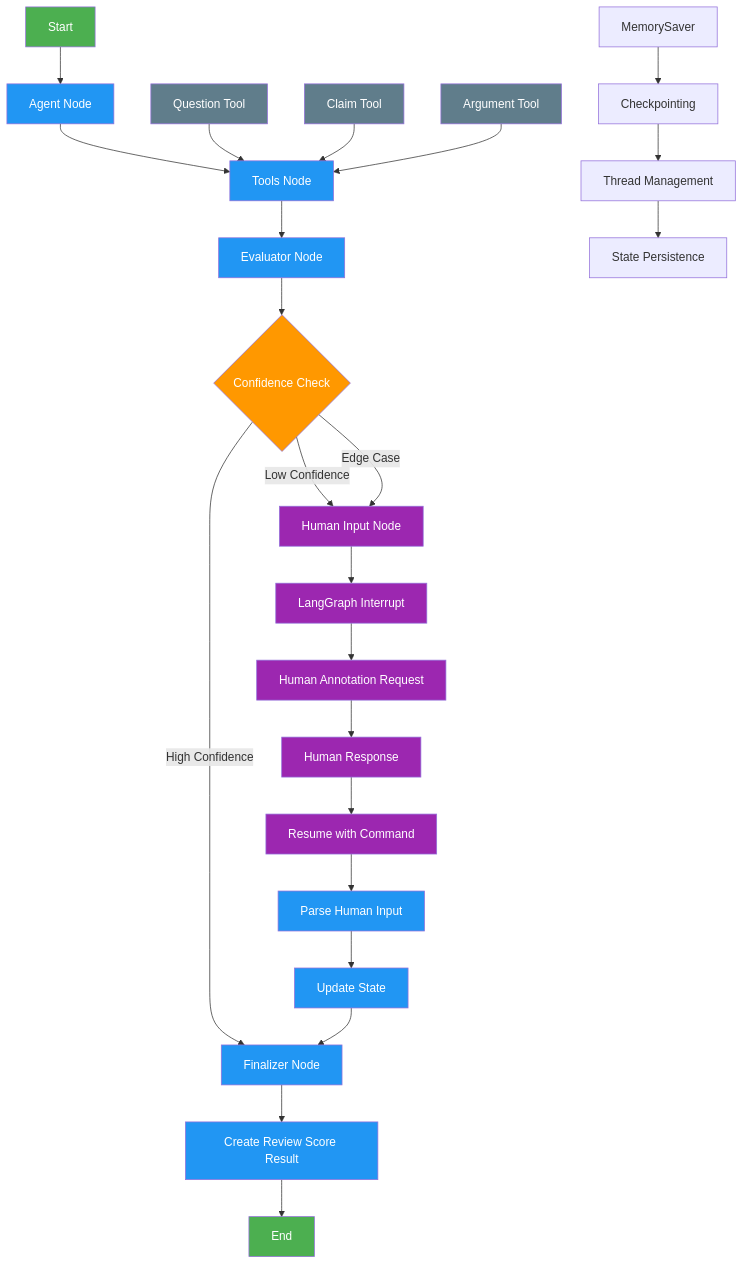
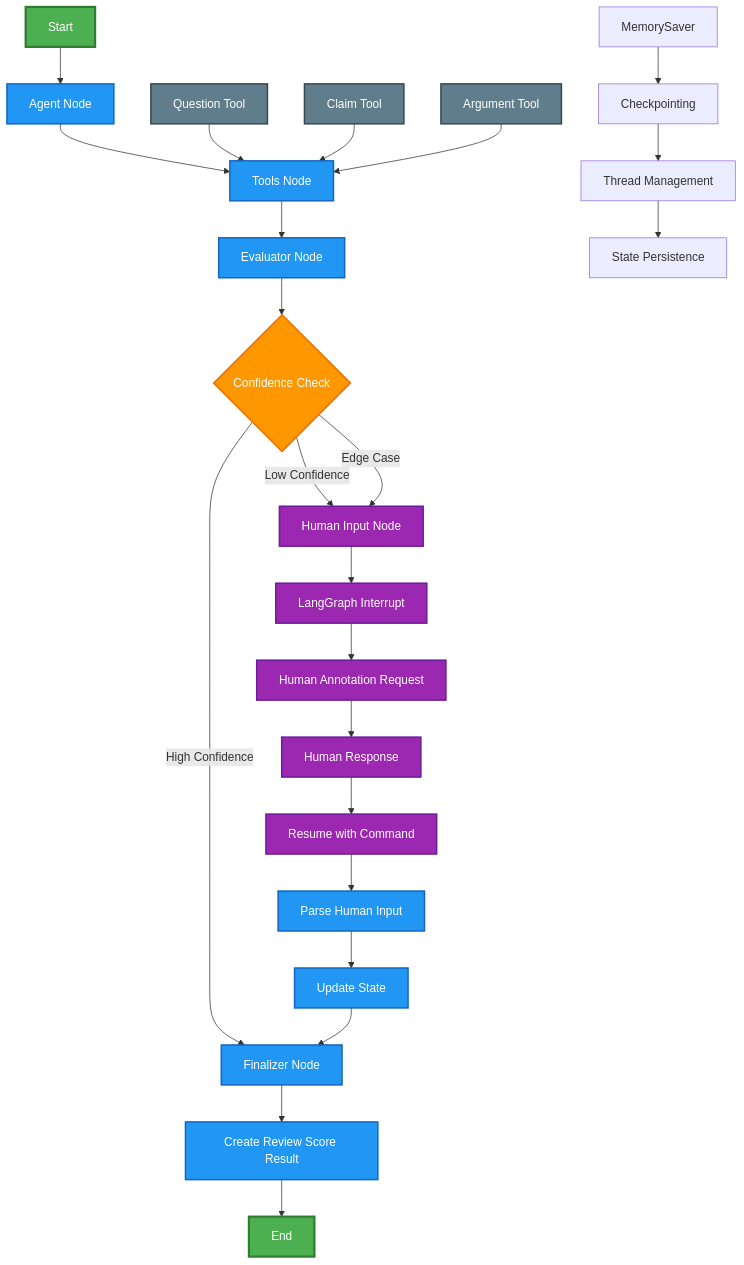
Before and after one commit to ashhadahsan/review-score: the second of 3 diagrams in README.md, drawn with Mermaid. The commit also changed other lines of this file and 4 other files, not shown here.

````diff
--- a/README.md
+++ b/README.md
@@ -106,49 +106,49 @@
 ```mermaid
 graph TD
     %% LangGraph Agent Workflow
     A[Start] --> B[Agent Node]
     B --> C[Tools Node]
     C --> D[Evaluator Node]
     D --> E{Confidence Check}
 
     %% Human-in-the-Loop Decision
     E -->|High Confidence| F[Finalizer Node]
     E -->|Low Confidence| G[Human Input Node]
     E -->|Edge Case| G
 
     %% Human Input Process
     G --> H[LangGraph Interrupt]
     H --> I[Human Annotation Request]
     I --> J[Human Response]
     J --> K[Resume with Command]
     K --> L[Parse Human Input]
     L --> M[Update State]
     M --> F
 
     %% Finalization
     F --> N[Create Review Score Result]
     N --> O[End]
 
     %% State Management
     P[MemorySaver] --> Q[Checkpointing]
     Q --> R[Thread Management]
     R --> S[State Persistence]
 
     %% Tool Integration
     T[Question Tool] --> C
     U[Claim Tool] --> C
     V[Argument Tool] --> C
 
     %% Styling
-    classDef startEnd fill:#4caf50,color:#fff
-    classDef process fill:#2196f3,color:#fff
-    classDef decision fill:#ff9800,color:#fff
-    classDef human fill:#9c27b0,color:#fff
-    classDef tool fill:#607d8b,color:#fff
+    classDef startEnd fill:#4caf50,stroke:#2e7d32,stroke-width:3px,color:#fff
+    classDef process fill:#2196f3,stroke:#1565c0,stroke-width:2px,color:#fff
+    classDef decision fill:#ff9800,stroke:#ef6c00,stroke-width:2px,color:#fff
+    classDef human fill:#9c27b0,stroke:#6a1b9a,stroke-width:2px,color:#fff
+    classDef tool fill:#607d8b,stroke:#37474f,stroke-width:2px,color:#fff
 
     class A,O startEnd
     class B,C,D,F,L,M,N process
     class E decision
     class G,H,I,J,K human
     class T,U,V tool
 ```
````
